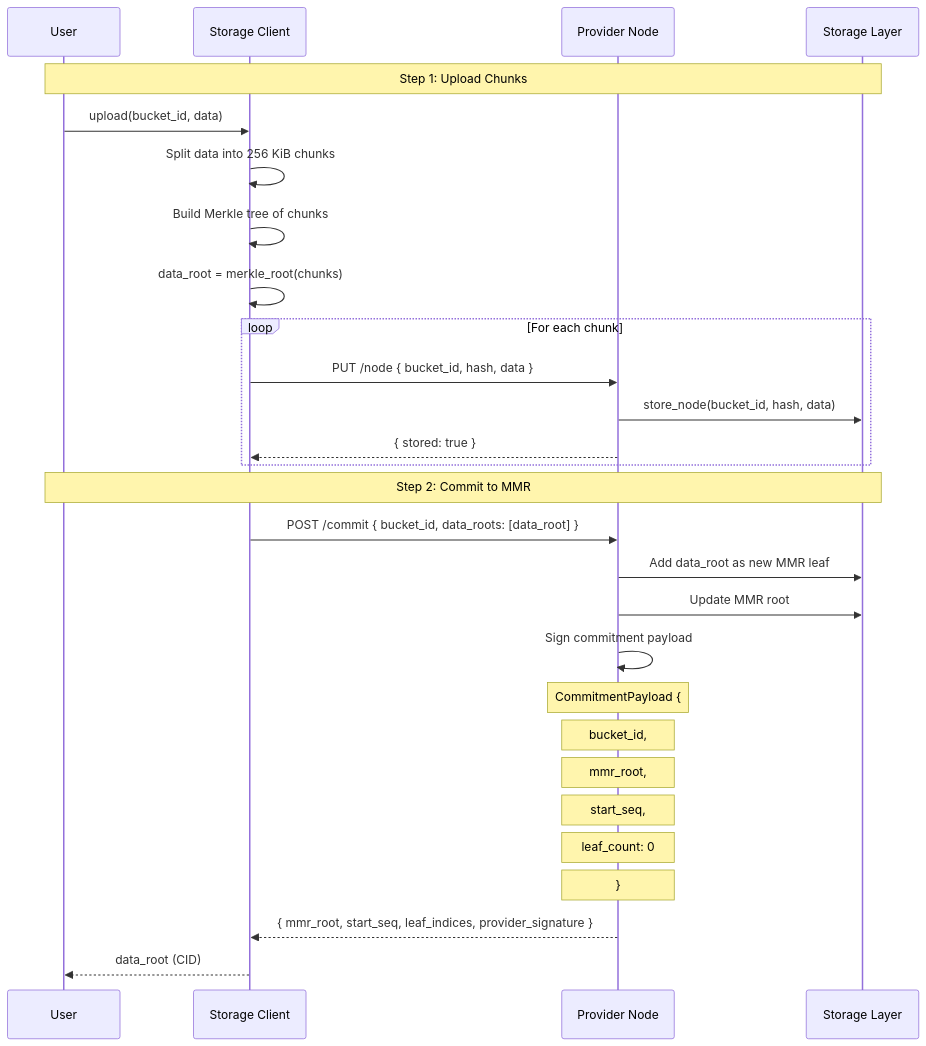
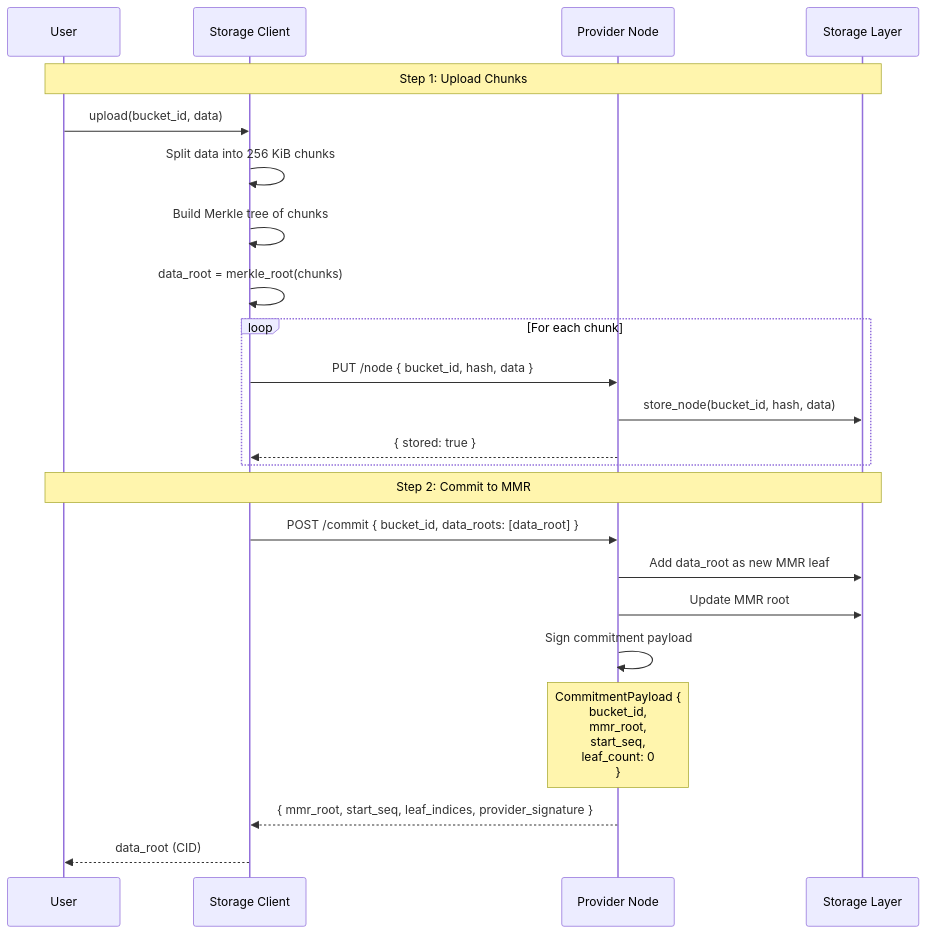
One commit to paritytech/web3-storage changed the sixth of 13 diagrams in docs/design/EXECUTION_FLOWS.md. Above: the diagram before and after it, drawn with Mermaid. The commit also changed other lines of this file, not shown here.

First line of the commit message:
docs(EXECUTION_FLOWS): collapse multi-line sequence-diagram notes

````diff
--- a/docs/design/EXECUTION_FLOWS.md
+++ b/docs/design/EXECUTION_FLOWS.md
@@ -287,38 +262,33 @@
 ```mermaid
 sequenceDiagram
     participant U as User
     participant SC as Storage Client
     participant PN as Provider Node
     participant S as Storage Layer
 
     Note over U,S: Step 1: Upload Chunks
     U->>SC: upload(bucket_id, data)
 
     SC->>SC: Split data into 256 KiB chunks
     SC->>SC: Build Merkle tree of chunks
     SC->>SC: data_root = merkle_root(chunks)
 
     loop For each chunk
         SC->>PN: PUT /node { bucket_id, hash, data }
         PN->>S: store_node(bucket_id, hash, data)
         PN-->>SC: { stored: true }
     end
 
     Note over U,S: Step 2: Commit to MMR
     SC->>PN: POST /commit { bucket_id, data_roots: [data_root] }
 
     PN->>S: Add data_root as new MMR leaf
     PN->>S: Update MMR root
     PN->>PN: Sign commitment payload
 
-    Note over PN: CommitmentPayload {
-    Note over PN:   bucket_id,
-    Note over PN:   mmr_root,
-    Note over PN:   start_seq,
-    Note over PN:   leaf_count: 0
-    Note over PN: }
+    Note over PN: CommitmentPayload {<br/> bucket_id,<br/> mmr_root,<br/> start_seq,<br/> leaf_count: 0<br/>}
 
     PN-->>SC: { mmr_root, start_seq, leaf_indices, provider_signature }
 
     SC-->>U: data_root (CID)
 ```
````
